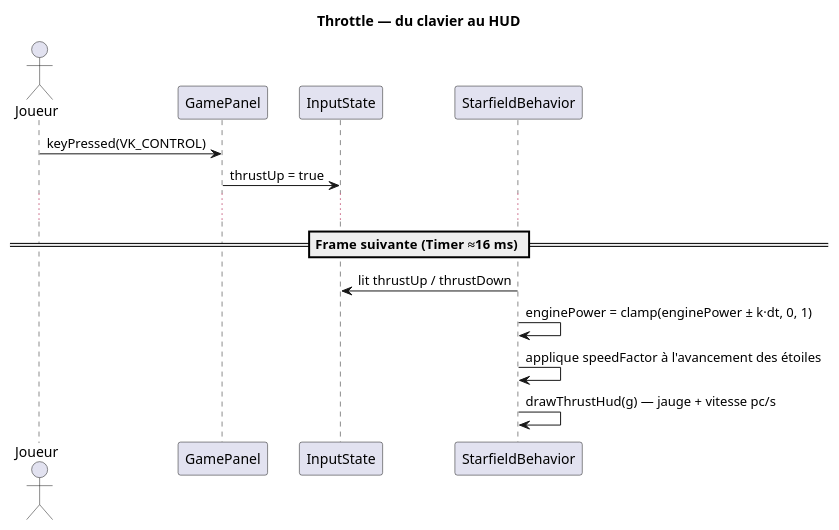
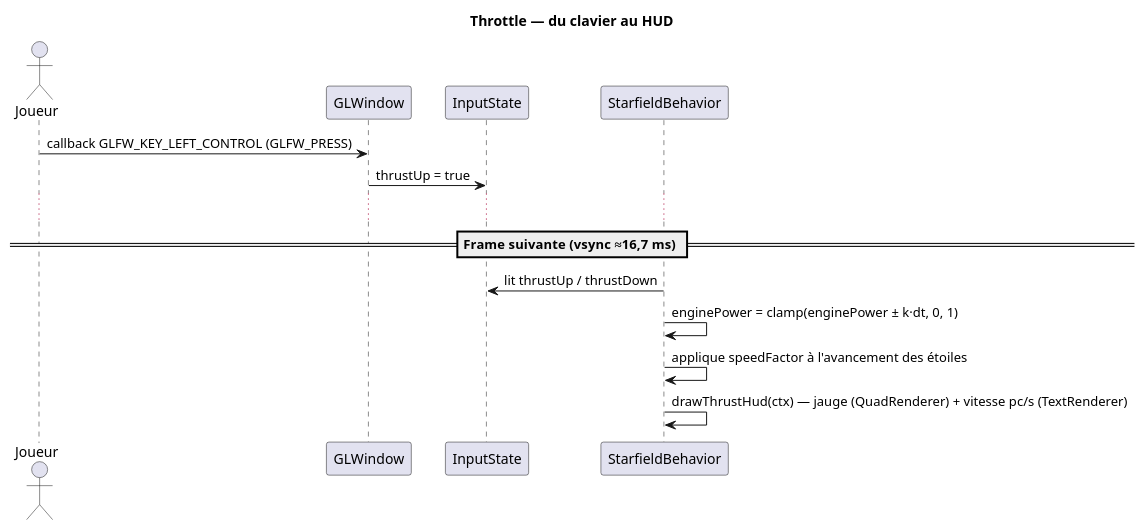
The second of 2 diagrams in src/docs/09-thrust-engine.md (mcgivrer/demo001-arm64), drawn with PlantUML before and after one commit. The commit also changed other lines of this file and 38 other files, not shown here.

````diff
--- a/src/docs/09-thrust-engine.md
+++ b/src/docs/09-thrust-engine.md
@@ -153,20 +153,20 @@
 ```plantuml
 @startuml
 title Throttle — du clavier au HUD
 
 actor Joueur
-participant "GamePanel" as GP
+participant "GLWindow" as GW
 participant "InputState" as IS
 participant "StarfieldBehavior" as SB
 
-Joueur -> GP : keyPressed(VK_CONTROL)
-GP -> IS : thrustUp = true
+Joueur -> GW : callback GLFW_KEY_LEFT_CONTROL (GLFW_PRESS)
+GW -> IS : thrustUp = true
 ...
 
-== Frame suivante (Timer ≈16 ms) ==
+== Frame suivante (vsync ≈16,7 ms) ==
 SB -> IS : lit thrustUp / thrustDown
 SB -> SB : enginePower = clamp(enginePower ± k·dt, 0, 1)
 SB -> SB : applique speedFactor à l'avancement des étoiles
-SB -> SB : drawThrustHud(g) — jauge + vitesse pc/s
+SB -> SB : drawThrustHud(ctx) — jauge (QuadRenderer) + vitesse pc/s (TextRenderer)
 @enduml
 ```
````
